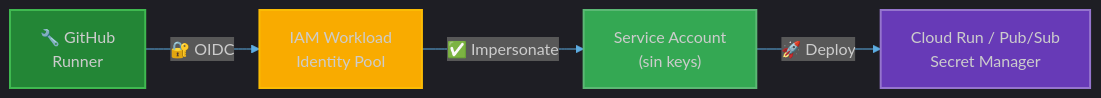
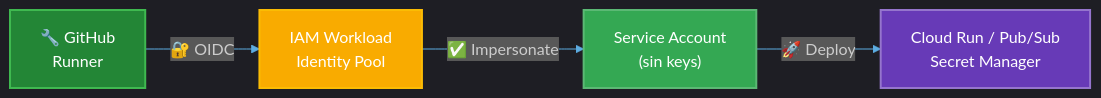
One commit to developer-implementos/integration-presentations changed the fifth of 5 diagrams in presentations/deep-dives/infrastructure-gcp.md. Above: the diagram before and after it, drawn with Mermaid. The commit also changed other lines of this file, not shown here.

Commit message:
style(infrastructure-gcp): mejorar presentación de Cloud Run y Compute Engine
Cambios:
- Unificar secciones de ventajas y desventajas de Cloud Run vs Compute Engine
- Mejorar estilo de diagramas para mayor claridad visual

````diff
--- a/presentations/deep-dives/infrastructure-gcp.md
+++ b/presentations/deep-dives/infrastructure-gcp.md
@@ -901,12 +905,12 @@
 ```mermaid
 %%{init: {'theme': 'dark', 'themeVariables': {'lineColor': '#5dade2'}, 'flowchart': {'useMaxWidth': true}}}%%
 flowchart LR
     GH["🔧 GitHub<br/>Runner"] -->|"🔐 OIDC"| WIF["IAM Workload<br/>Identity Pool"]
     WIF -->|"✅ Impersonate"| SA["Service Account<br/>(sin keys)"]
     SA -->|"🚀 Deploy"| RES["Cloud Run / Pub/Sub<br/>Secret Manager"]
 
-    style GH fill:#238636,stroke:#3fb950,stroke-width:2px
-    style WIF fill:#f9ab00,stroke:#fbbc04,stroke-width:2px
-    style SA fill:#34a853,stroke:#5bb974,stroke-width:2px
-    style RES fill:#673ab7,stroke:#9575cd,stroke-width:2px
+    style GH fill:#238636,stroke:#3fb950,stroke-width:2px,color:#fff
+    style WIF fill:#f9ab00,stroke:#fbbc04,stroke-width:2px,color:#fff
+    style SA fill:#34a853,stroke:#5bb974,stroke-width:2px,color:#fff
+    style RES fill:#673ab7,stroke:#9575cd,stroke-width:2px,color:#fff
 ```
````
